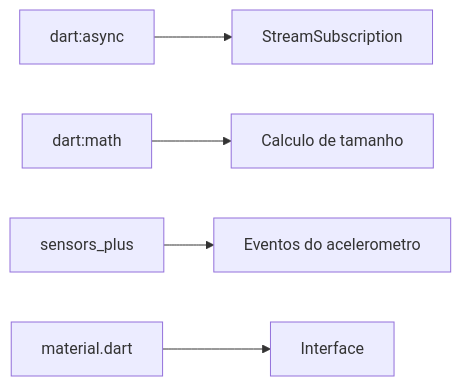
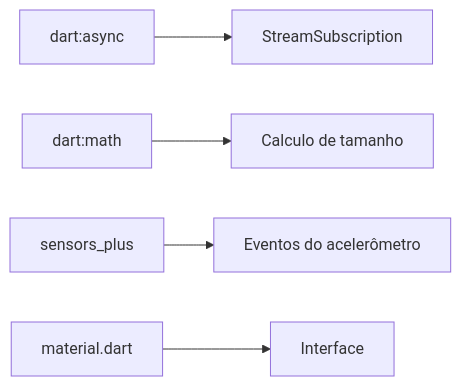
The ninth of 17 diagrams in courses/2026-1-DS-Prog-Aplicativos-Mobile-II-Novotec-Noturno/aulas/aula-11.md (prof-gustavo-villalta/self), drawn with Mermaid before and after one commit. The commit also changed other lines of this file and 6 other files, not shown here.

````diff
--- a/courses/2026-1-DS-Prog-Aplicativos-Mobile-II-Novotec-Noturno/aulas/aula-11.md
+++ b/courses/2026-1-DS-Prog-Aplicativos-Mobile-II-Novotec-Noturno/aulas/aula-11.md
@@ -636,7 +636,7 @@
 ```mermaid
 flowchart LR
     A[dart:async] --> B[StreamSubscription]
     C[dart:math] --> D[Calculo de tamanho]
-    E[sensors_plus] --> F[Eventos do acelerometro]
+    E[sensors_plus] --> F[Eventos do acelerômetro]
     G[material.dart] --> H[Interface]
 ```
````
